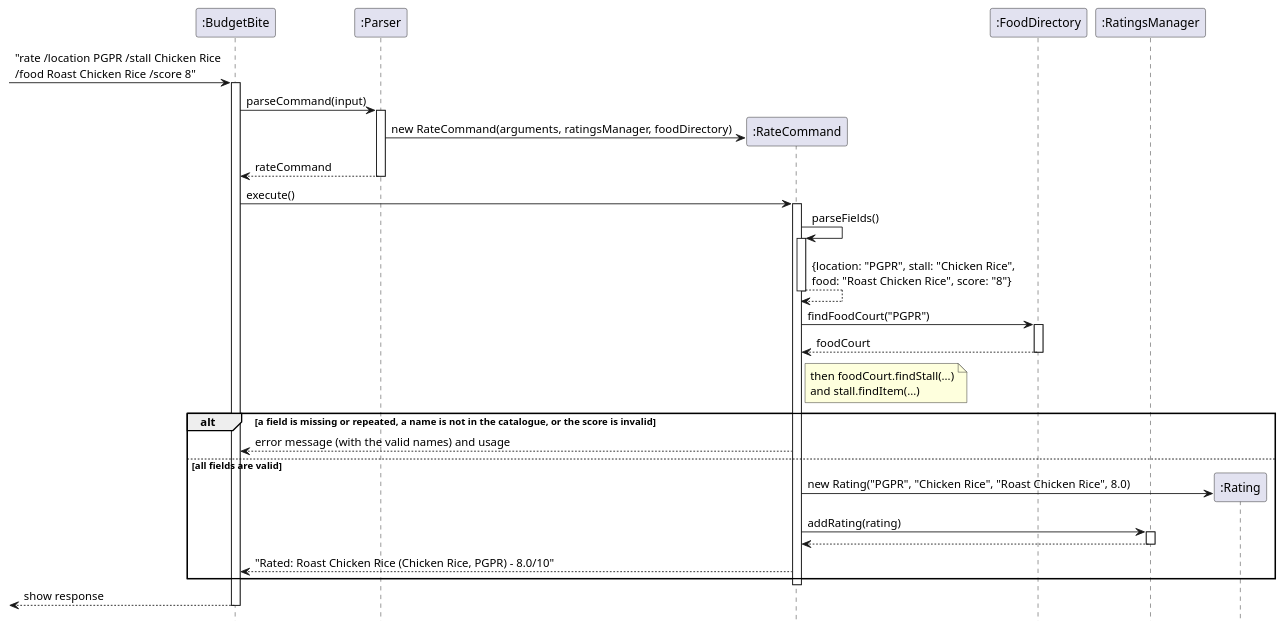
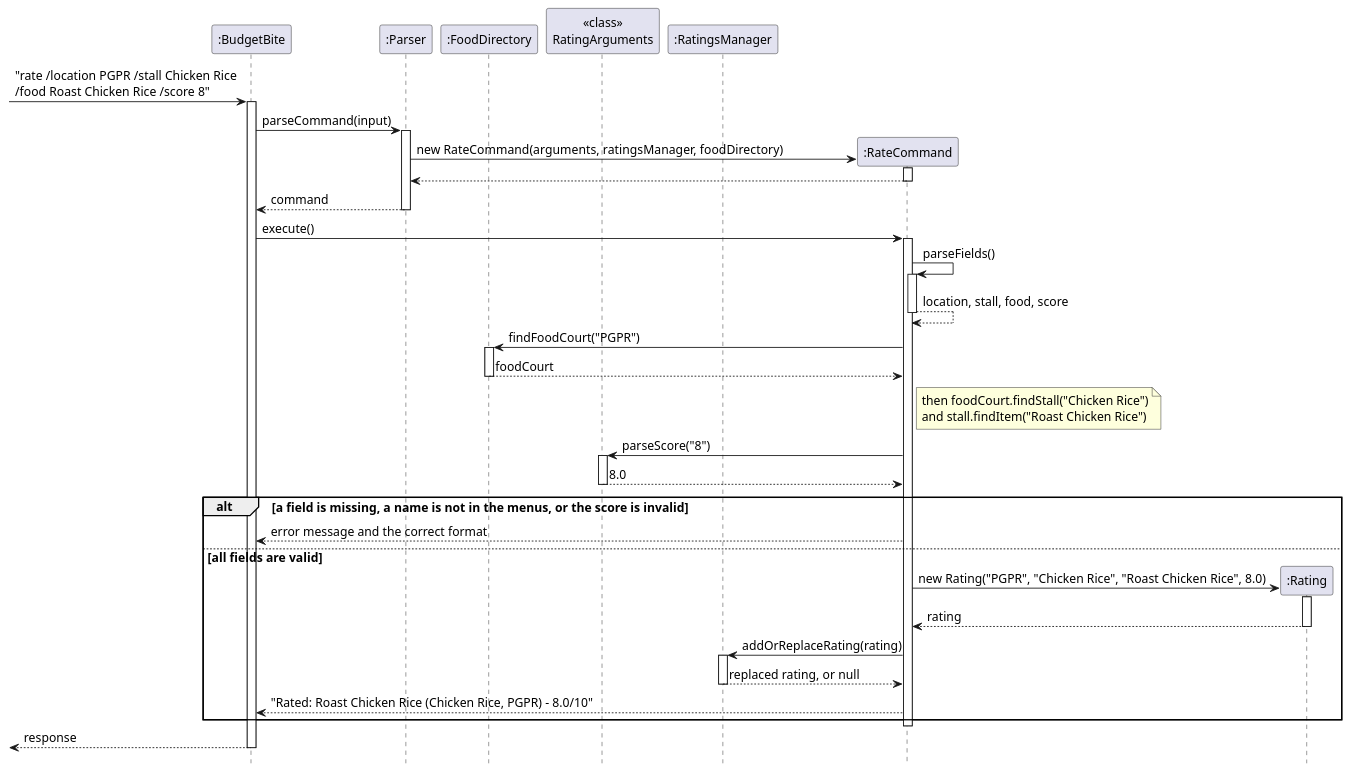
Before and after one commit to AY2627S1-CS2113-W10-3/tp: the diagram in docs/diagrams/RateSequenceDiagram.puml, drawn with PlantUML. The commit also changed 14 other files, not shown here.

```diff
--- a/docs/diagrams/RateSequenceDiagram.puml
+++ b/docs/diagrams/RateSequenceDiagram.puml
@@ -1,45 +1,64 @@
 @startuml
+' rate /location PGPR /stall Chicken Rice /food Roast Chicken Rice /score 8
+skinparam shadowing false
+skinparam defaultFontSize 14
 hide footbox
+
 participant ":BudgetBite" as B
 participant ":Parser" as P
-participant ":RateCommand" as C
 participant ":FoodDirectory" as D
+participant "<<class>>\nRatingArguments" as A
 participant ":RatingsManager" as M
 
 [-> B : "rate /location PGPR /stall Chicken Rice\n/food Roast Chicken Rice /score 8"
 activate B
 B -> P : parseCommand(input)
 activate P
-create C
+create ":RateCommand" as C
 P -> C : new RateCommand(arguments, ratingsManager, foodDirectory)
-P --> B : rateCommand
+activate C
+C --> P
+deactivate C
+P --> B : command
 deactivate P
 
 B -> C : execute()
 activate C
 C -> C : parseFields()
 activate C
-C --> C : {location: "PGPR", stall: "Chicken Rice",\nfood: "Roast Chicken Rice", score: "8"}
+C --> C : location, stall, food, score
 deactivate C
 
 C -> D : findFoodCourt("PGPR")
 activate D
 D --> C : foodCourt
 deactivate D
-note right of C : then foodCourt.findStall(...)\nand stall.findItem(...)
+note right of C
+  then foodCourt.findStall("Chicken Rice")
+  and stall.findItem("Roast Chicken Rice")
+end note
 
-alt a field is missing or repeated, a name is not in the catalogue, or the score is invalid
-  C --> B : error message (with the valid names) and usage
+C -> A : parseScore("8")
+activate A
+A --> C : 8.0
+deactivate A
+
+alt a field is missing, a name is not in the menus, or the score is invalid
+    C --> B : error message and the correct format
 else all fields are valid
-  create ":Rating" as R
-  C -> R : new Rating("PGPR", "Chicken Rice", "Roast Chicken Rice", 8.0)
-  C -> M : addRating(rating)
-  activate M
-  M --> C
-  deactivate M
-  C --> B : "Rated: Roast Chicken Rice (Chicken Rice, PGPR) - 8.0/10"
+    create ":Rating" as R
+    C -> R : new Rating("PGPR", "Chicken Rice", "Roast Chicken Rice", 8.0)
+    activate R
+    R --> C : rating
+    deactivate R
+    C -> M : addOrReplaceRating(rating)
+    activate M
+    M --> C : replaced rating, or null
+    deactivate M
+    C --> B : "Rated: Roast Chicken Rice (Chicken Rice, PGPR) - 8.0/10"
 end
 deactivate C
-[<-- B : show response
+
+[<-- B : response
 deactivate B
 @enduml
```
